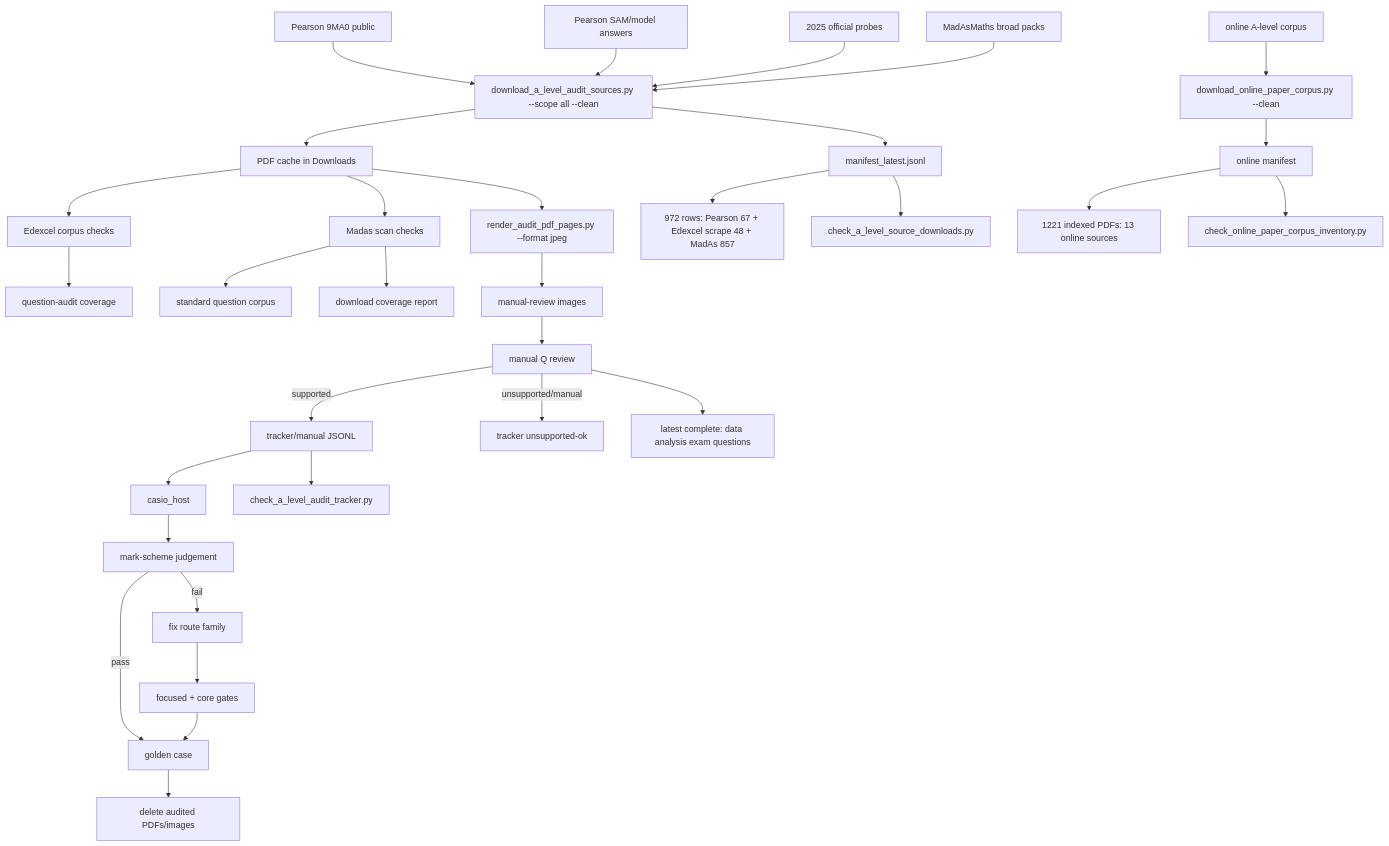
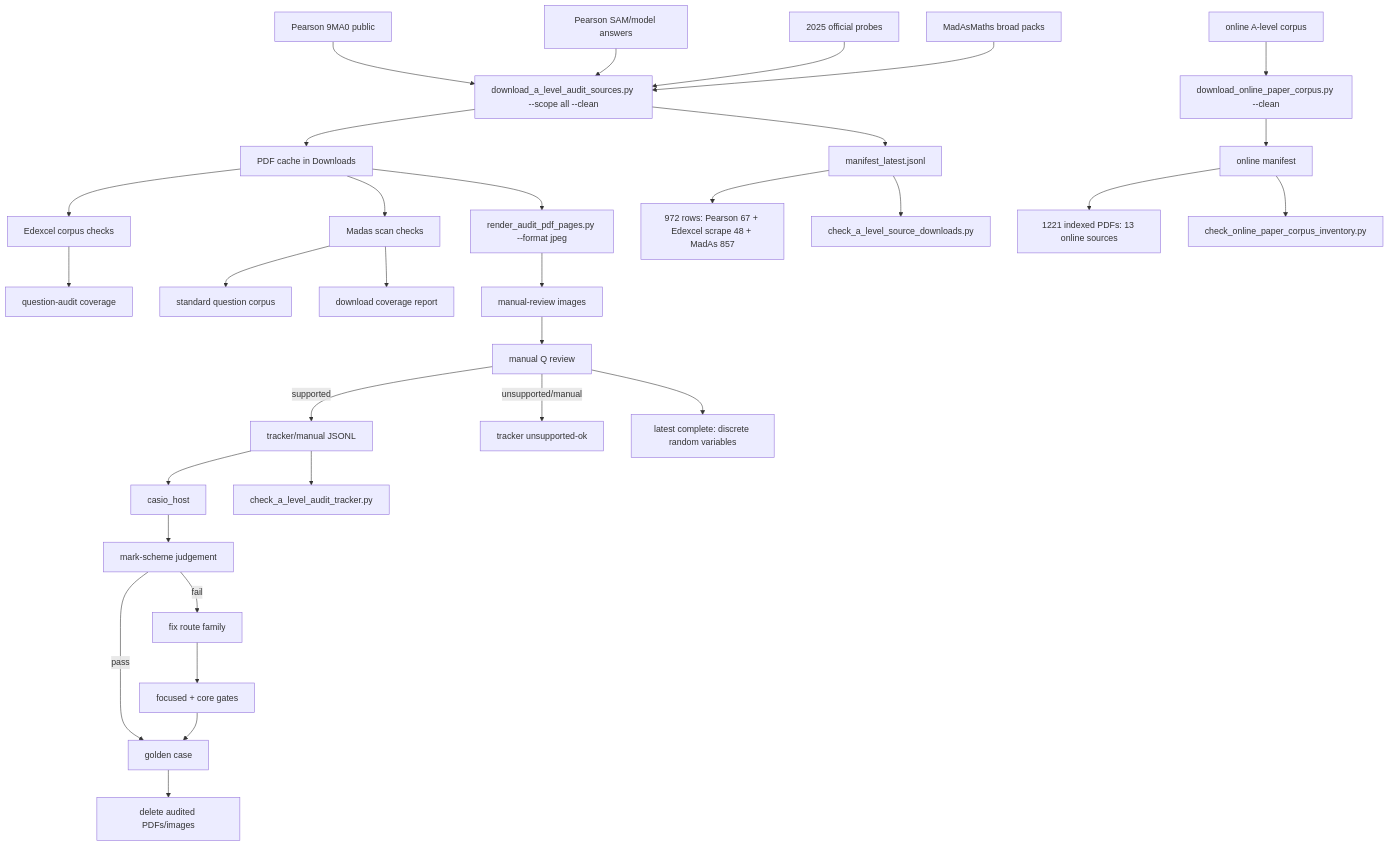
Before and after one commit to james8464/notes-addin-casio-fx-cg50: the diagram in c++/tools/golden/a_level_audit_graph.md, drawn with Mermaid. The commit also changed other lines of this file and 2 other files, not shown here.

Commit message:
Audit discrete random variables booklet

````diff
--- a/c++/tools/golden/a_level_audit_graph.md
+++ b/c++/tools/golden/a_level_audit_graph.md
@@ -3,34 +3,34 @@
 ```mermaid
 graph TD
   E1["Pearson 9MA0 public"] --> D["download_a_level_audit_sources.py --scope all --clean"]
   E2["Pearson SAM/model answers"] --> D
   E3["2025 official probes"] --> D
   M1["MadAsMaths broad packs"] --> D
   O1["online A-level corpus"] --> OD["download_online_paper_corpus.py --clean"]
   D --> P["PDF cache in Downloads"]
   D --> X["manifest_latest.jsonl"]
   OD --> OX["online manifest"]
   X --> XC["972 rows: Pearson 67 + Edexcel scrape 48 + MadAs 857"]
   OX --> OC["1221 indexed PDFs: 13 online sources"]
   X --> V["check_a_level_source_downloads.py"]
   OX --> OV["check_online_paper_corpus_inventory.py"]
   P --> E["Edexcel corpus checks"]
   E --> EQ["question-audit coverage"]
   P --> S["Madas scan checks"]
   S --> M["standard question corpus"]
   S --> MC["download coverage report"]
   P --> R["render_audit_pdf_pages.py --format jpeg"]
   R --> I["manual-review images"]
   I --> Q["manual Q review"]
   Q -->|supported| J["tracker/manual JSONL"]
   Q -->|unsupported/manual| U["tracker unsupported-ok"]
   J --> H["casio_host"]
   J --> K["check_a_level_audit_tracker.py"]
   H --> C["mark-scheme judgement"]
   C -->|pass| G["golden case"]
   C -->|fail| F["fix route family"]
   F --> T["focused + core gates"]
   T --> G
   G --> Z["delete audited PDFs/images"]
-  Q --> QDataExam["latest complete: data analysis exam questions"]
+  Q --> QDRV["latest complete: discrete random variables"]
 ```
````
